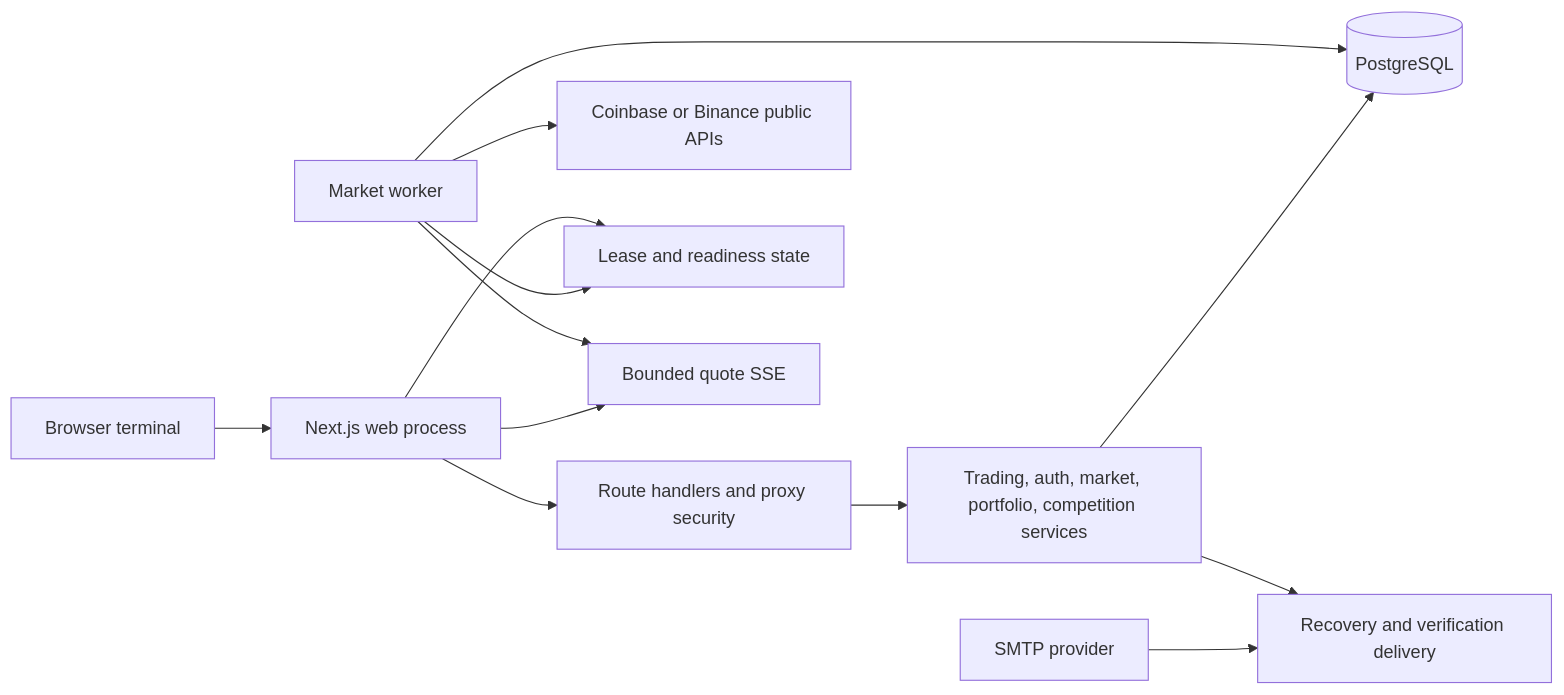
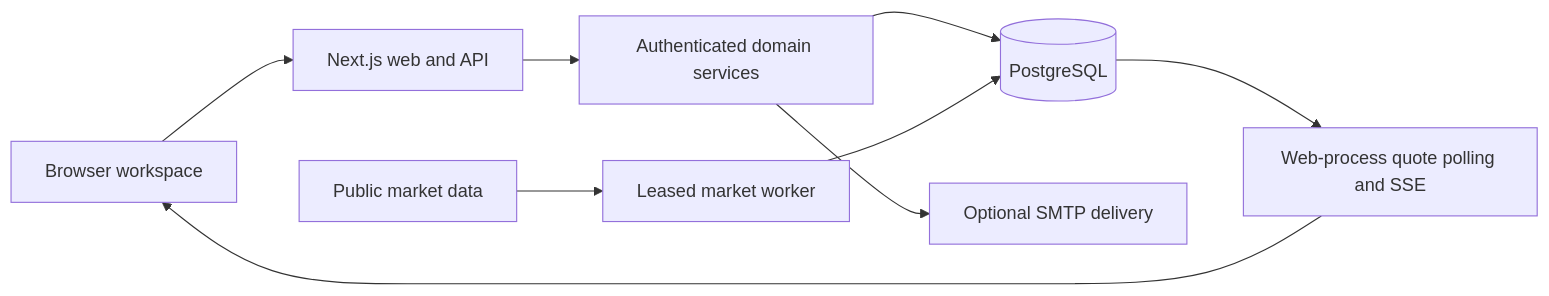
The diagram in README.md (DragonPlayz-1/alpha-terminal), drawn with Mermaid before and after one commit. The commit also changed other lines of this file and 33 other files, not shown here.

````diff
--- a/README.md
+++ b/README.md
@@ -83,15 +107,11 @@
 ```mermaid
 flowchart LR
-  Browser[Browser terminal] --> Web[Next.js web process]
-  Web --> API[Route handlers and proxy security]
-  API --> Domain[Trading, auth, market, portfolio, competition services]
-  Domain --> DB[(PostgreSQL)]
-  Worker[Market worker] --> Provider[Coinbase or Binance public APIs]
+  Browser[Browser workspace] --> Web[Next.js web and API]
+  Web --> Services[Authenticated domain services]
+  Services --> DB[(PostgreSQL)]
+  Providers[Public market data] --> Worker[Leased market worker]
   Worker --> DB
-  Worker --> Ready[Lease and readiness state]
-  Web --> Ready
-  Web --> Stream[Bounded quote SSE]
-  Worker --> Stream
-  Mail[SMTP provider] --> Recovery[Recovery and verification delivery]
-  Domain --> Recovery
+  DB --> SSE[Web-process quote polling and SSE]
+  SSE --> Browser
+  Services --> SMTP[Optional SMTP delivery]
 ```
````
